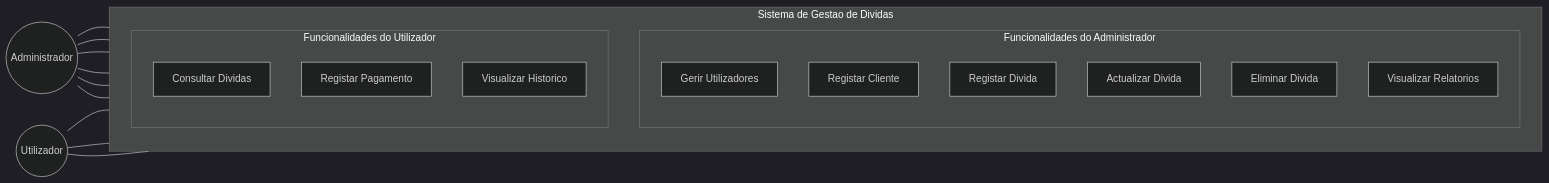
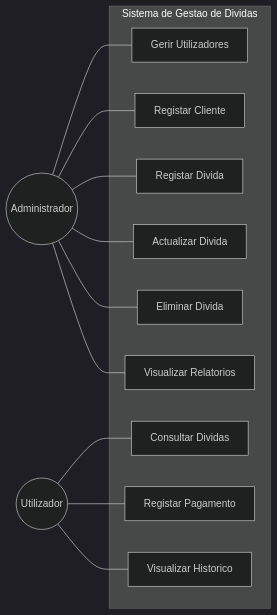
One commit to Nilton-Ramim-Pita/ncangaza-debt-watch changed the second of 10 diagrams in PROPOSTA_ARQUITETURA_DESIGN.md. Above: the diagram before and after it, drawn with Mermaid (dark theme).

Commit message:
Redesigned use case diagram

````diff
--- a/PROPOSTA_ARQUITETURA_DESIGN.md
+++ b/PROPOSTA_ARQUITETURA_DESIGN.md
@@ -274,38 +274,29 @@
 ```mermaid
 graph LR
     ADM(("Administrador"))
 
     subgraph SGD ["Sistema de Gestao de Dividas"]
-        direction TB
-
-        subgraph ADMIN_UC ["Funcionalidades do Administrador"]
-            direction TB
-            UC7["Gerir Utilizadores"]
-            UC2["Registar Cliente"]
-            UC3["Registar Divida"]
-            UC4["Actualizar Divida"]
-            UC5["Eliminar Divida"]
-            UC6["Visualizar Relatorios"]
-        end
-
-        subgraph USER_UC ["Funcionalidades do Utilizador"]
-            direction TB
-            UC8["Consultar Dividas"]
-            UC9["Registar Pagamento"]
-            UC10["Visualizar Historico"]
-        end
+        UC1["Gerir Utilizadores"]
+        UC2["Registar Cliente"]
+        UC3["Registar Divida"]
+        UC4["Actualizar Divida"]
+        UC5["Eliminar Divida"]
+        UC6["Visualizar Relatorios"]
+        UC7["Consultar Dividas"]
+        UC8["Registar Pagamento"]
+        UC9["Visualizar Historico"]
     end
 
     USR(("Utilizador"))
 
-    ADM --- UC7
+    ADM --- UC1
     ADM --- UC2
     ADM --- UC3
     ADM --- UC4
     ADM --- UC5
     ADM --- UC6
 
+    USR --- UC7
     USR --- UC8
     USR --- UC9
-    USR --- UC10
 ```
````
